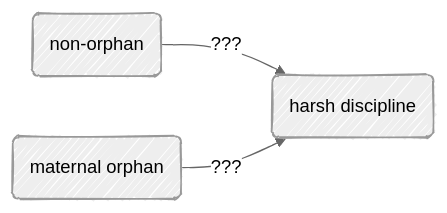
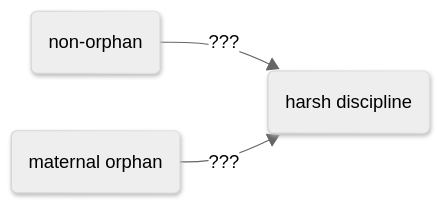
Before and after one commit to agrogan1/closeread: the diagram in orphan/diagrams.md, drawn with Mermaid.

````diff
--- a/orphan/diagrams.md
+++ b/orphan/diagrams.md
@@ -1,10 +1,10 @@
 ```mermaid
 ---
 config:
-  look: handDrawn
+  look: neo
   theme: neutral
 ---
 flowchart LR
   nonorphan(non-orphan) --> |"???"| harshdiscipline(harsh discipline)
   maternalorphan(maternal orphan) --> |"???"| harshdiscipline(harsh discipline)
 ```
````
